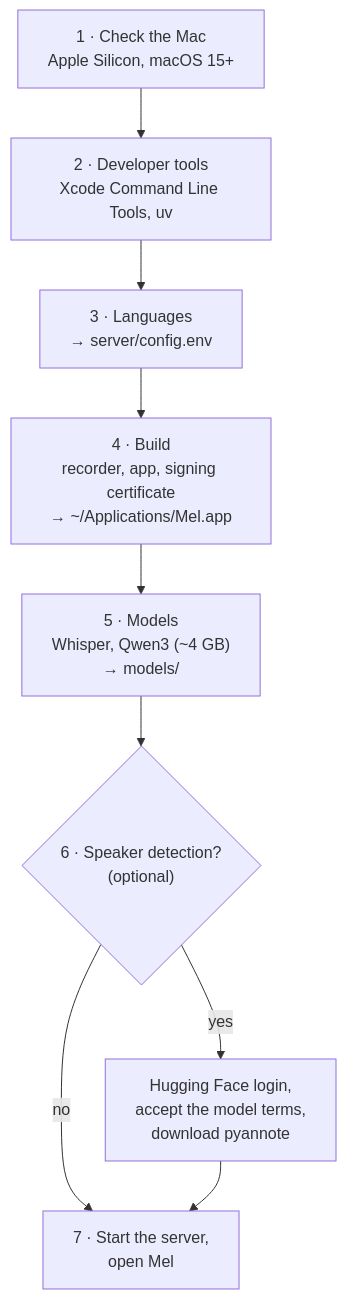
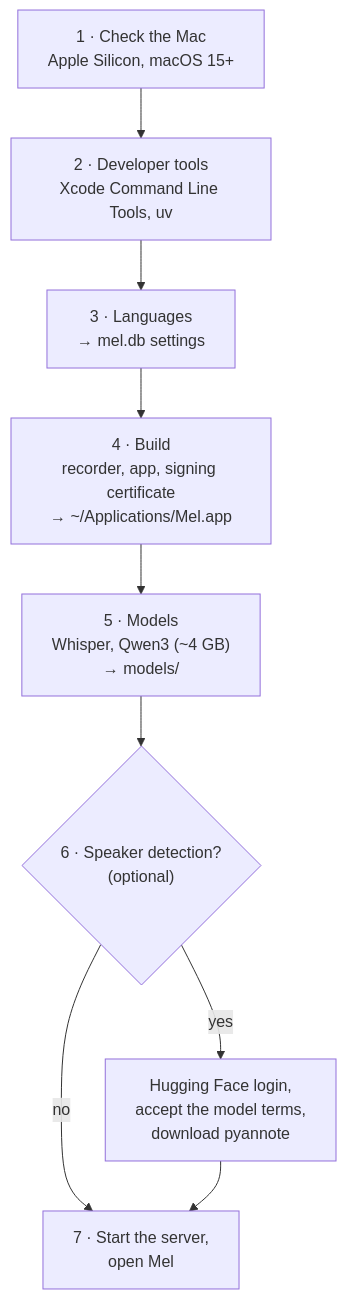
Before and after one commit to diegoquezadac/mel: the diagram in docs/setup.md, drawn with Mermaid. The commit also changed other lines of this file and 21 other files, not shown here.

````diff
--- a/docs/setup.md
+++ b/docs/setup.md
@@ -7,11 +7,11 @@
 ```mermaid
 flowchart TD
     A["1 · Check the Mac<br/>Apple Silicon, macOS 15+"] --> B["2 · Developer tools<br/>Xcode Command Line Tools, uv"]
-    B --> C["3 · Languages<br/>→ server/config.env"]
+    B --> C["3 · Languages<br/>→ mel.db settings"]
     C --> D["4 · Build<br/>recorder, app, signing certificate<br/>→ ~/Applications/Mel.app"]
     D --> E["5 · Models<br/>Whisper, Qwen3 (~4 GB)<br/>→ models/"]
     E --> F{"6 · Speaker detection?<br/>(optional)"}
     F -- yes --> G["Hugging Face login,<br/>accept the model terms,<br/>download pyannote"]
     F -- no --> H
     G --> H["7 · Start the server,<br/>open Mel"]
 ```
````
